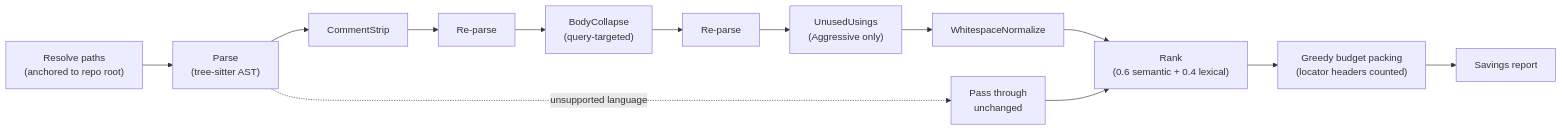
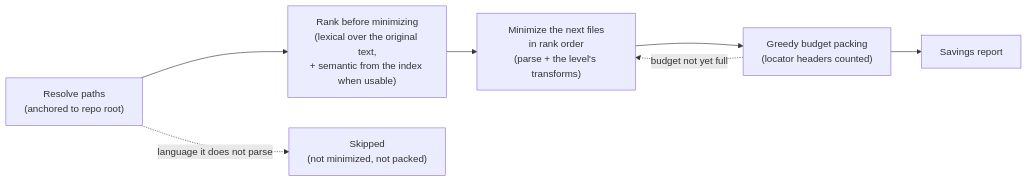
Before and after one commit to nitinpawar28/AI-learn: the second of 2 diagrams in docs/part2-context/structural-minimization.md, drawn with Mermaid. The commit also changed other lines of this file and 5 other files, not shown here.

````diff
--- a/docs/part2-context/structural-minimization.md
+++ b/docs/part2-context/structural-minimization.md
@@ -174,10 +174,9 @@
 ```mermaid
 flowchart LR
-    A["Resolve paths<br/>(anchored to repo root)"] --> P1["Parse<br/>(tree-sitter AST)"]
-    P1 -. "unsupported language" .-> PASS["Pass through<br/>unchanged"]
-    P1 --> T1["CommentStrip"] --> R1["Re-parse"] --> T2["BodyCollapse<br/>(query-targeted)"] --> R2["Re-parse"] --> T3["UnusedUsings<br/>(Aggressive only)"] --> T4["WhitespaceNormalize"]
-    T4 --> RK["Rank<br/>(0.6 semantic + 0.4 lexical)"]
-    PASS --> RK
-    RK --> PK["Greedy budget packing<br/>(locator headers counted)"]
+    A["Resolve paths<br/>(anchored to repo root)"] --> RK["Rank before minimizing<br/>(lexical over the original text,<br/>+ semantic from the index when usable)"]
+    A -. "language it does not parse" .-> SKIP["Skipped<br/>(not minimized, not packed)"]
+    RK --> MIN["Minimize the next files<br/>in rank order<br/>(parse + the level's transforms)"]
+    MIN --> PK["Greedy budget packing<br/>(locator headers counted)"]
+    PK -. "budget not yet full" .-> MIN
     PK --> REP["Savings report"]
 ```
````
